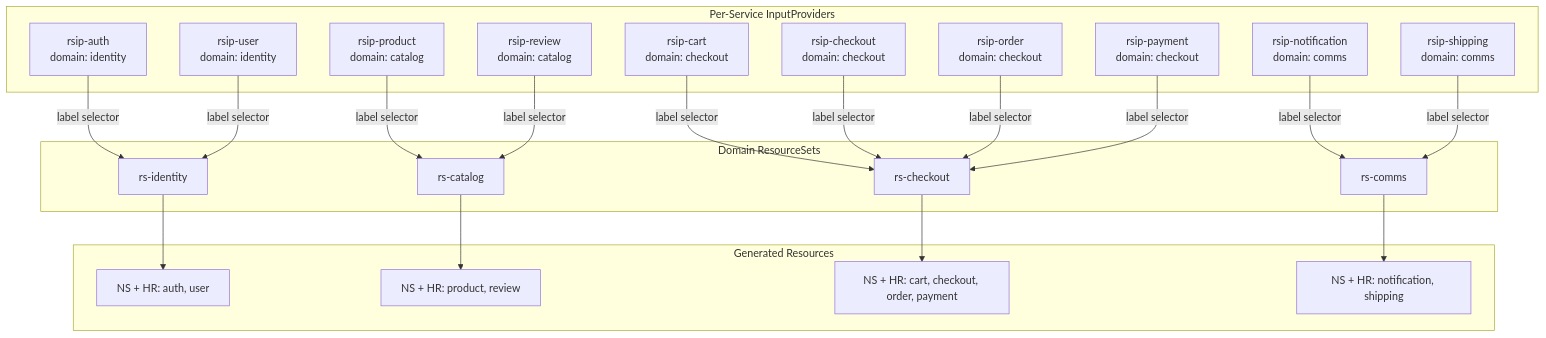
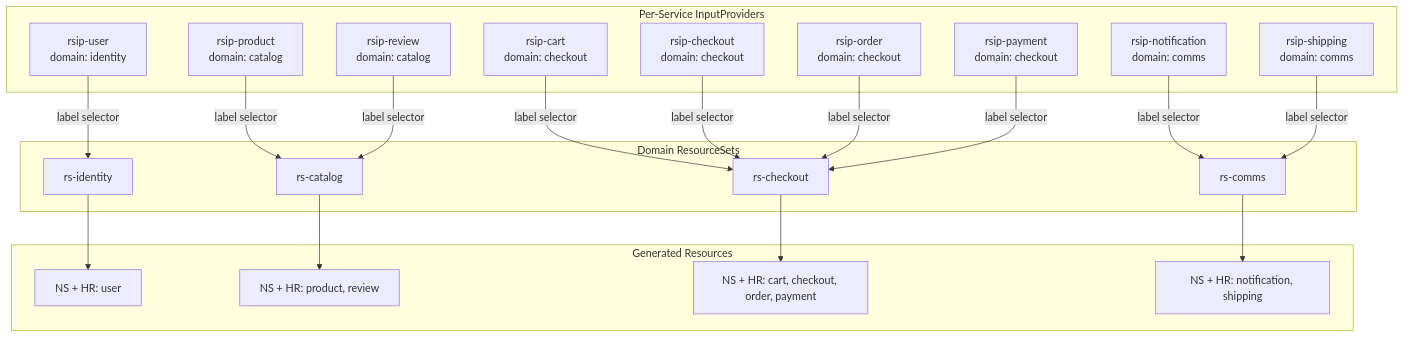
Before and after one commit to duynhlab/homelab: the diagram in docs/platform/application-delivery.md, drawn with Mermaid. The commit also changed other lines of this file and 24 other files, not shown here.

````diff
--- a/docs/platform/application-delivery.md
+++ b/docs/platform/application-delivery.md
@@ -19,45 +19,43 @@
 ```mermaid
 flowchart TD
     subgraph services [Per-Service InputProviders]
-        authIP["rsip-auth<br/>domain: identity"]
         userIP["rsip-user<br/>domain: identity"]
         productIP["rsip-product<br/>domain: catalog"]
         reviewIP["rsip-review<br/>domain: catalog"]
         checkoutIP["rsip-checkout<br/>domain: checkout"]
         cartIP["rsip-cart<br/>domain: checkout"]
         orderIP["rsip-order<br/>domain: checkout"]
         paymentIP["rsip-payment<br/>domain: checkout"]
         notifIP["rsip-notification<br/>domain: comms"]
         shipIP["rsip-shipping<br/>domain: comms"]
     end
 
     subgraph domains [Domain ResourceSets]
         rsIdentity["rs-identity"]
         rsCatalog["rs-catalog"]
         rsCheckout["rs-checkout"]
         rsComms["rs-comms"]
     end
 
     subgraph output [Generated Resources]
-        hrIdentity["NS + HR: auth, user"]
+        hrIdentity["NS + HR: user"]
         hrCatalog["NS + HR: product, review"]
         hrCheckout["NS + HR: cart, checkout, order, payment"]
         hrComms["NS + HR: notification, shipping"]
     end
 
-    authIP -->|"label selector"| rsIdentity
     userIP -->|"label selector"| rsIdentity
     productIP -->|"label selector"| rsCatalog
     reviewIP -->|"label selector"| rsCatalog
     cartIP -->|"label selector"| rsCheckout
     checkoutIP -->|"label selector"| rsCheckout
     orderIP -->|"label selector"| rsCheckout
     paymentIP -->|"label selector"| rsCheckout
     notifIP -->|"label selector"| rsComms
     shipIP -->|"label selector"| rsComms
 
     rsIdentity --> hrIdentity
     rsCatalog --> hrCatalog
     rsCheckout --> hrCheckout
     rsComms --> hrComms
 ```
````
